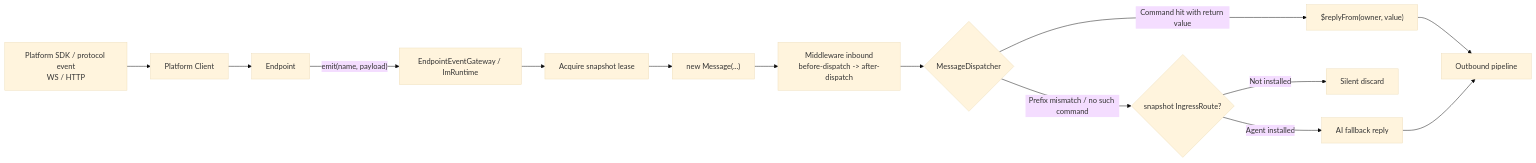
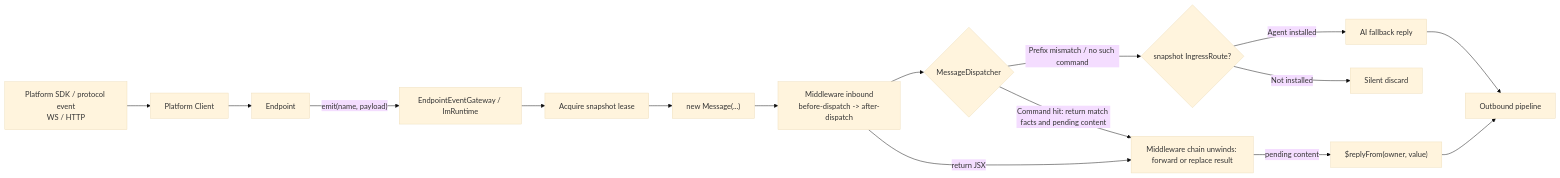
One commit to zhinjs/zhin changed the first of 2 diagrams in docs/en/concepts/message-flow.md. Above: the diagram before and after it, drawn with Mermaid (base theme). The commit also changed 62 other files, not shown here.

````diff
--- a/docs/en/concepts/message-flow.md
+++ b/docs/en/concepts/message-flow.md
@@ -7,16 +7,18 @@
 ```mermaid
 flowchart LR
     P[Platform SDK / protocol event<br/>WS / HTTP] --> C[Platform Client]
     C --> E[Endpoint]
     E -->|"emit(name, payload)"| G[EndpointEventGateway / ImRuntime]
     G --> L[Acquire snapshot lease]
     L --> M["new Message(...)"]
     M --> MW["Middleware inbound<br/>before-dispatch -> after-dispatch"]
     MW --> D{MessageDispatcher}
     D -->|"Prefix mismatch / no such command"| U{snapshot IngressRoute?}
     U -->|"Agent installed"| AI[AI fallback reply]
     U -->|"Not installed"| N[Silent discard]
-    D -->|"Command hit with return value"| R["$replyFrom(owner, value)"]
+    D -->|"Command hit: return match facts and pending content"| W["Middleware chain unwinds: forward or replace result"]
+    MW -->|"return JSX"| W
+    W -->|"pending content"| R["$replyFrom(owner, value)"]
     R --> O[Outbound pipeline]
     AI --> O
 ```
````
